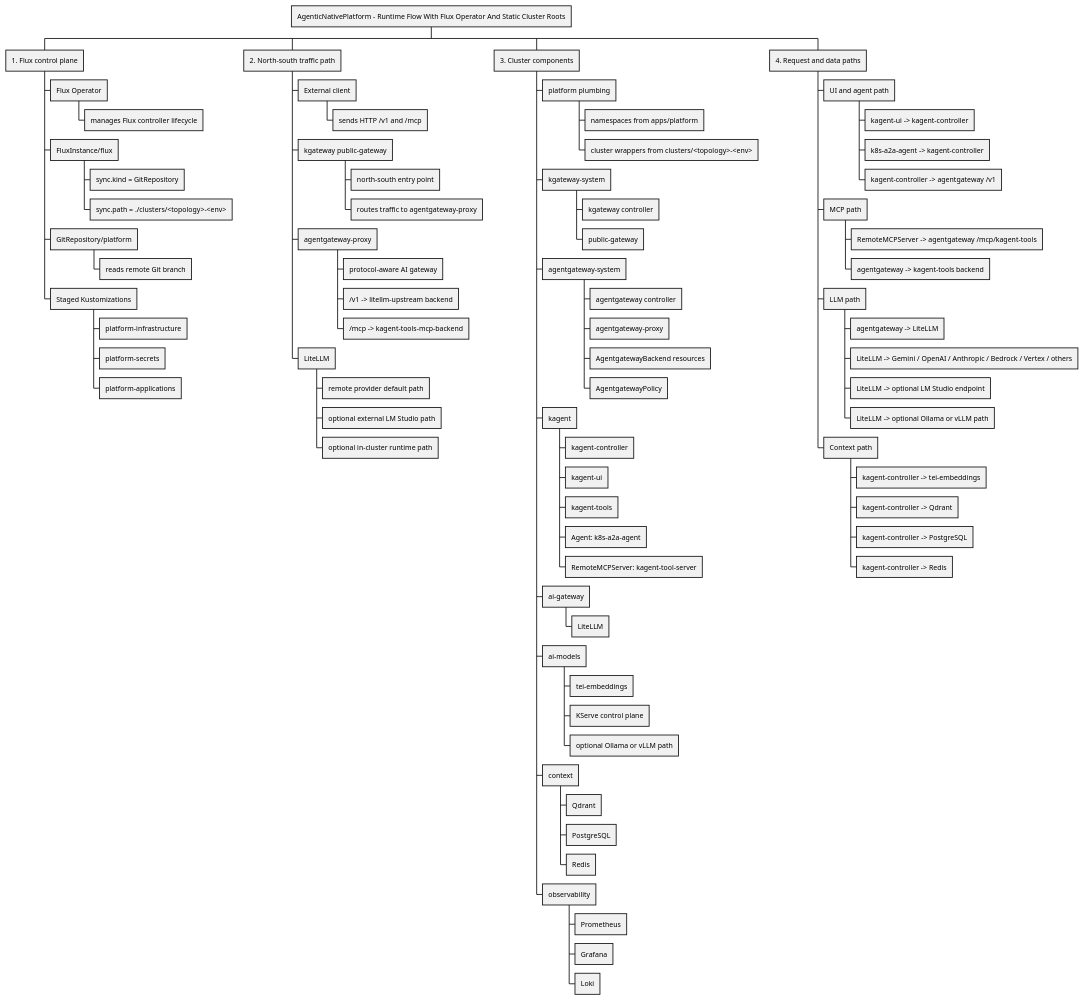
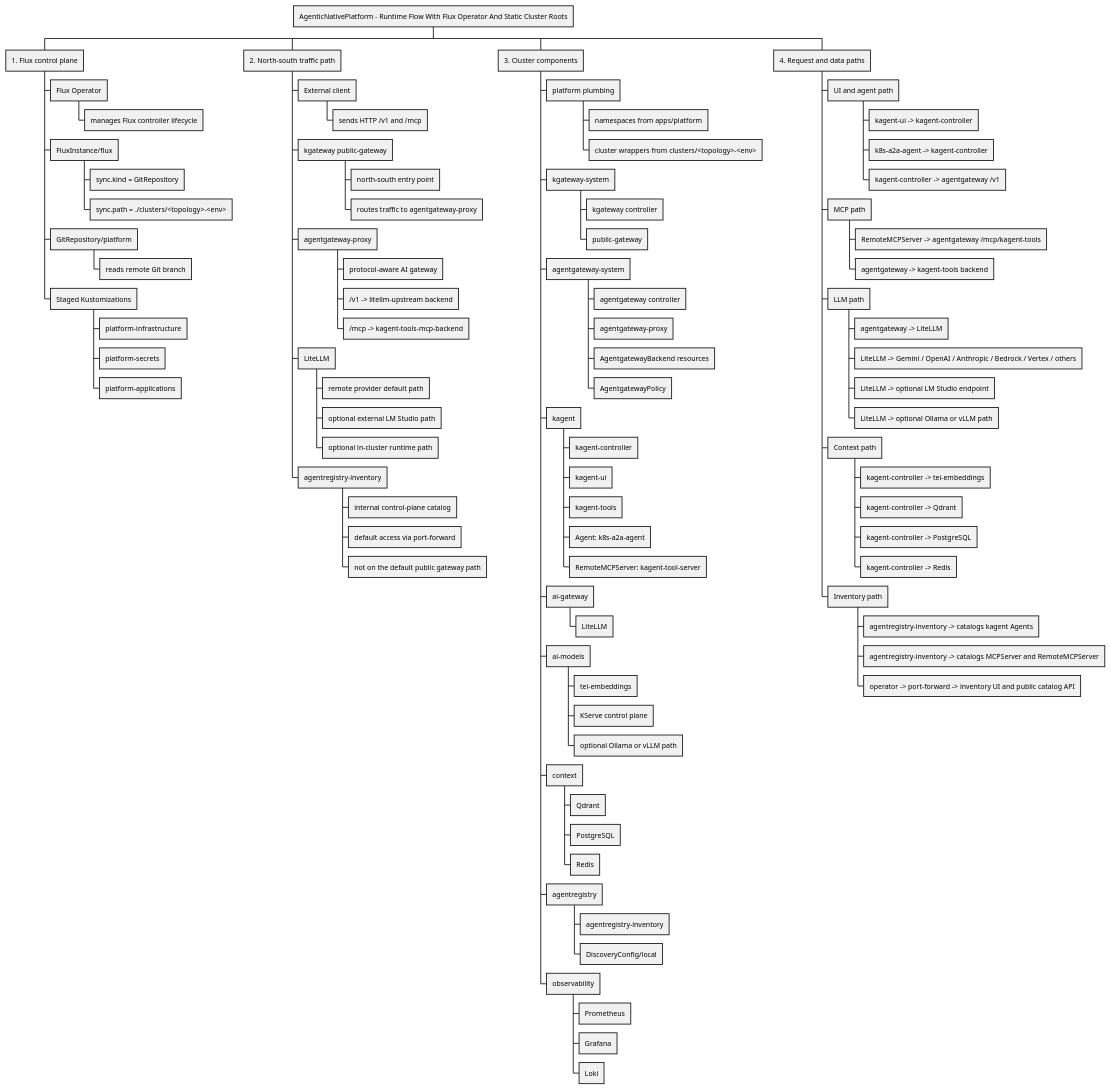
One commit to Shkirmantsev/AgenticNativePlatform changed the diagram in .assets/architecture-current-runtime-wbs.puml. Above: the diagram before and after it, drawn with PlantUML. The commit also changed 7 other files, not shown here.

Commit message:
Update architecture documentation

```diff
--- a/.assets/architecture-current-runtime-wbs.puml
+++ b/.assets/architecture-current-runtime-wbs.puml
@@ -1,82 +1,93 @@
 @startwbs
 * AgenticNativePlatform - Runtime Flow With Flux Operator And Static Cluster Roots
 ** 1. Flux control plane
 *** Flux Operator
 **** manages Flux controller lifecycle
 *** FluxInstance/flux
 **** sync.kind = GitRepository
 **** sync.path = ./clusters/<topology>-<env>
 *** GitRepository/platform
 **** reads remote Git branch
 *** Staged Kustomizations
 **** platform-infrastructure
 **** platform-secrets
 **** platform-applications
 
 ** 2. North-south traffic path
 *** External client
 **** sends HTTP /v1 and /mcp
 *** kgateway public-gateway
 **** north-south entry point
 **** routes traffic to agentgateway-proxy
 *** agentgateway-proxy
 **** protocol-aware AI gateway
 **** /v1 -> litellm-upstream backend
 **** /mcp -> kagent-tools-mcp-backend
 *** LiteLLM
 **** remote provider default path
 **** optional external LM Studio path
 **** optional in-cluster runtime path
+*** agentregistry-inventory
+**** internal control-plane catalog
+**** default access via port-forward
+**** not on the default public gateway path
 
 ** 3. Cluster components
 *** platform plumbing
 **** namespaces from apps/platform
 **** cluster wrappers from clusters/<topology>-<env>
 *** kgateway-system
 **** kgateway controller
 **** public-gateway
 *** agentgateway-system
 **** agentgateway controller
 **** agentgateway-proxy
 **** AgentgatewayBackend resources
 **** AgentgatewayPolicy
 *** kagent
 **** kagent-controller
 **** kagent-ui
 **** kagent-tools
 **** Agent: k8s-a2a-agent
 **** RemoteMCPServer: kagent-tool-server
 *** ai-gateway
 **** LiteLLM
 *** ai-models
 **** tei-embeddings
 **** KServe control plane
 **** optional Ollama or vLLM path
 *** context
 **** Qdrant
 **** PostgreSQL
 **** Redis
+*** agentregistry
+**** agentregistry-inventory
+**** DiscoveryConfig/local
 *** observability
 **** Prometheus
 **** Grafana
 **** Loki
 
 ** 4. Request and data paths
 *** UI and agent path
 **** kagent-ui -> kagent-controller
 **** k8s-a2a-agent -> kagent-controller
 **** kagent-controller -> agentgateway /v1
 *** MCP path
 **** RemoteMCPServer -> agentgateway /mcp/kagent-tools
 **** agentgateway -> kagent-tools backend
 *** LLM path
 **** agentgateway -> LiteLLM
 **** LiteLLM -> Gemini / OpenAI / Anthropic / Bedrock / Vertex / others
 **** LiteLLM -> optional LM Studio endpoint
 **** LiteLLM -> optional Ollama or vLLM path
 *** Context path
 **** kagent-controller -> tei-embeddings
 **** kagent-controller -> Qdrant
 **** kagent-controller -> PostgreSQL
 **** kagent-controller -> Redis
+*** Inventory path
+**** agentregistry-inventory -> catalogs kagent Agents
+**** agentregistry-inventory -> catalogs MCPServer and RemoteMCPServer
+**** operator -> port-forward -> inventory UI and public catalog API
 @endwbs
```
